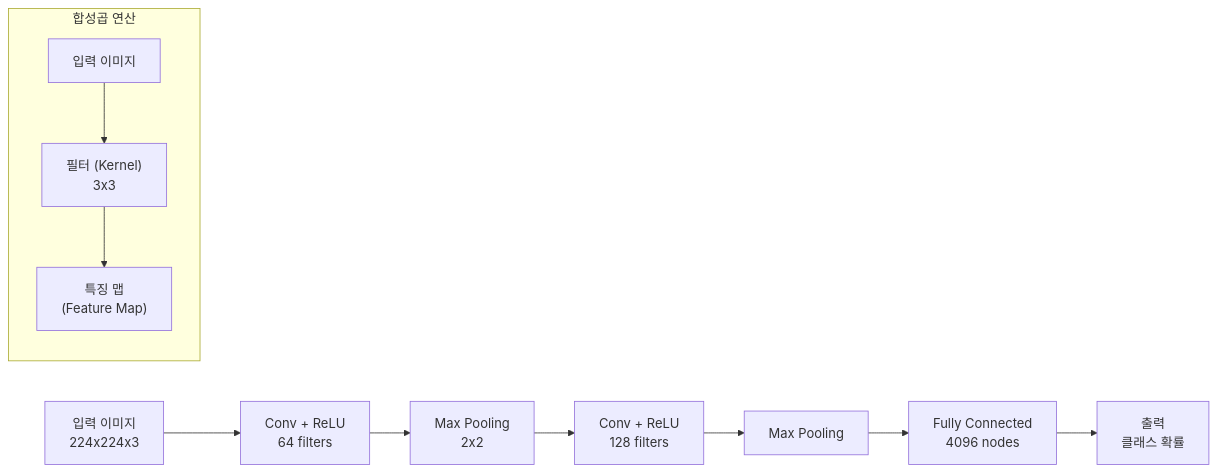
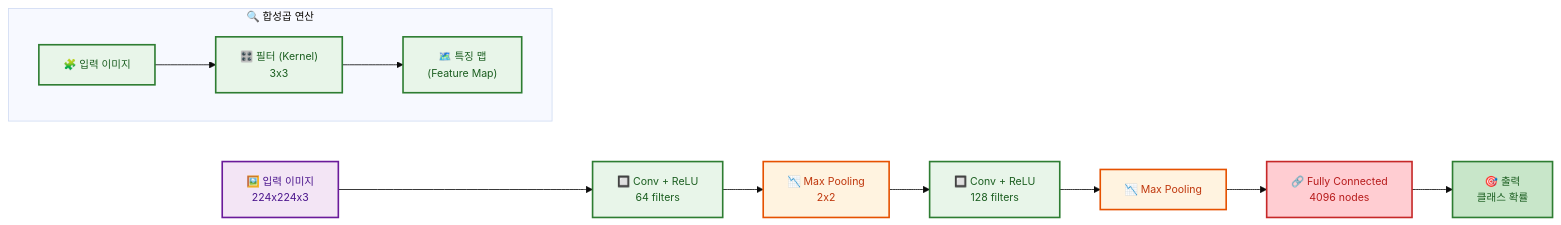
Before and after one commit to jingu279/Document: diagram 11 of 19 in ai-programming/README.md, drawn with Mermaid. The commit also changed other lines of this file, not shown here.

First line of the commit message:
README Mermaid 다이어그램 스타일링 개선

````diff
--- a/ai-programming/README.md
+++ b/ai-programming/README.md
@@ -290,14 +419,34 @@
 ```mermaid
+%%{init: {'theme': 'base', 'themeVariables': {'fontSize': '13px'}}}%%
 flowchart LR
-  Input["입력 이미지<br/>224x224x3"] --> Conv1["Conv + ReLU<br/>64 filters"]
-  Conv1 --> Pool1["Max Pooling<br/>2x2"]
-  Pool1 --> Conv2["Conv + ReLU<br/>128 filters"]
-  Conv2 --> Pool2["Max Pooling"]
-  Pool2 --> FC["Fully Connected<br/>4096 nodes"]
-  FC --> Output["출력<br/>클래스 확률"]
+  Input["🖼️ 입력 이미지<br/>224x224x3"]
+  Conv1["🔲 Conv + ReLU<br/>64 filters"]
+  Pool1["📉 Max Pooling<br/>2x2"]
+  Conv2["🔲 Conv + ReLU<br/>128 filters"]
+  Pool2["📉 Max Pooling"]
+  FC["🔗 Fully Connected<br/>4096 nodes"]
+  Output["🎯 출력<br/>클래스 확률"]
 
-  subgraph Kernel[합성곱 연산]
-    K["입력 이미지"] --> Filter["필터 (Kernel)<br/>3x3"]
-    Filter --> Result["특징 맵<br/>(Feature Map)"]
+  Input --> Conv1 --> Pool1 --> Conv2 --> Pool2 --> FC --> Output
+
+  subgraph Kernel[🔍 합성곱 연산]
+    direction LR
+    K["🧩 입력 이미지"]
+    Filter["🎛️ 필터 (Kernel)<br/>3x3"]
+    Result["🗺️ 특징 맵<br/>(Feature Map)"]
   end
+
+  K --> Filter --> Result
+
+  classDef input fill:#f3e5f5,stroke:#6a1b9a,stroke-width:2px,color:#4a148c
+  classDef conv fill:#e8f5e9,stroke:#2e7d32,stroke-width:2px,color:#1b5e20
+  classDef pool fill:#fff3e0,stroke:#e65100,stroke-width:2px,color:#bf360c
+  classDef fc fill:#ffcdd2,stroke:#c62828,stroke-width:2px,color:#b71c1c
+  classDef out fill:#c8e6c9,stroke:#2e7d32,stroke-width:2px,color:#1b5e20
+  class Input input
+  class Conv1,Conv2 conv
+  class Pool1,Pool2 pool
+  class FC fc
+  class Output out
+  class K,Filter,Result conv
 ```
````
